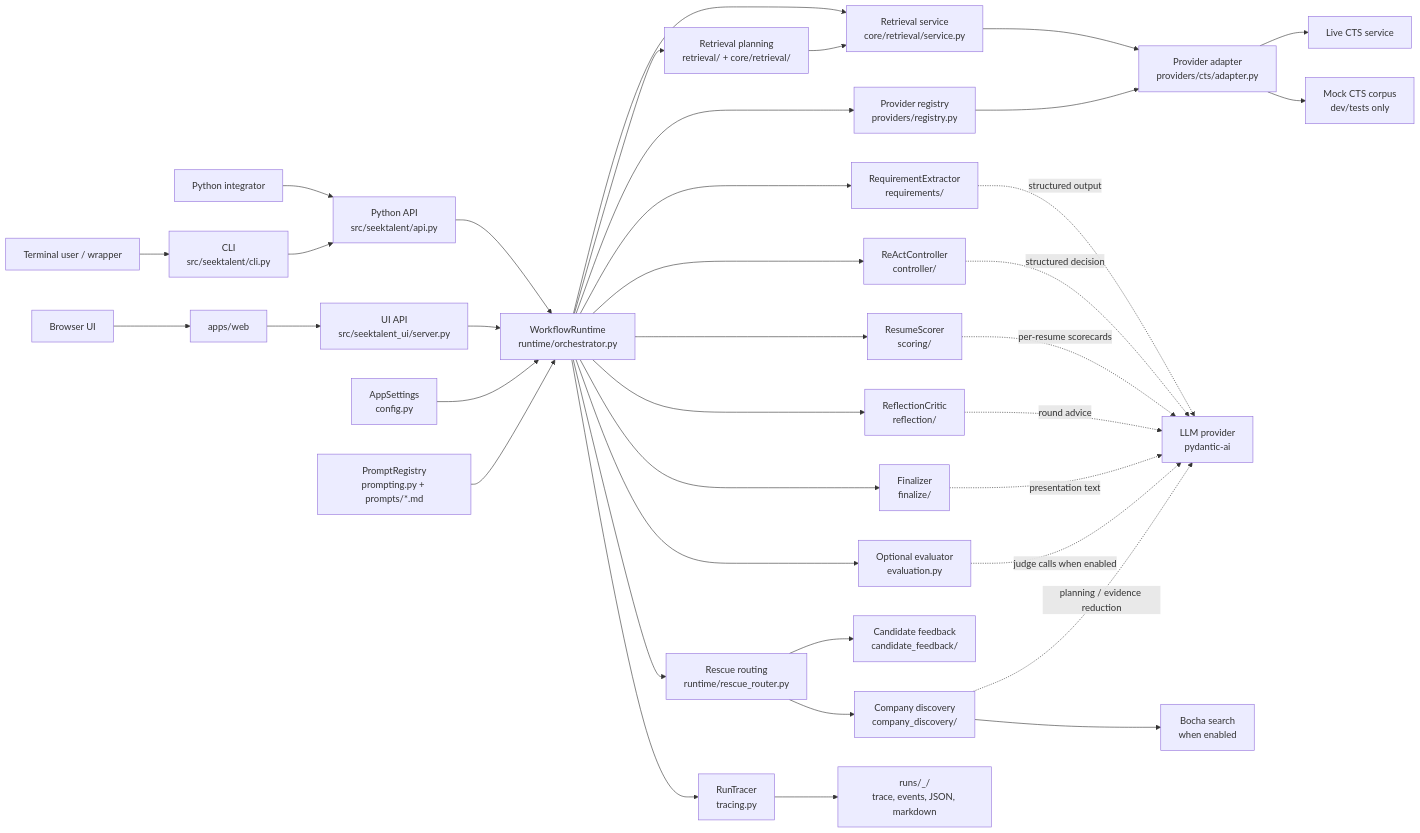
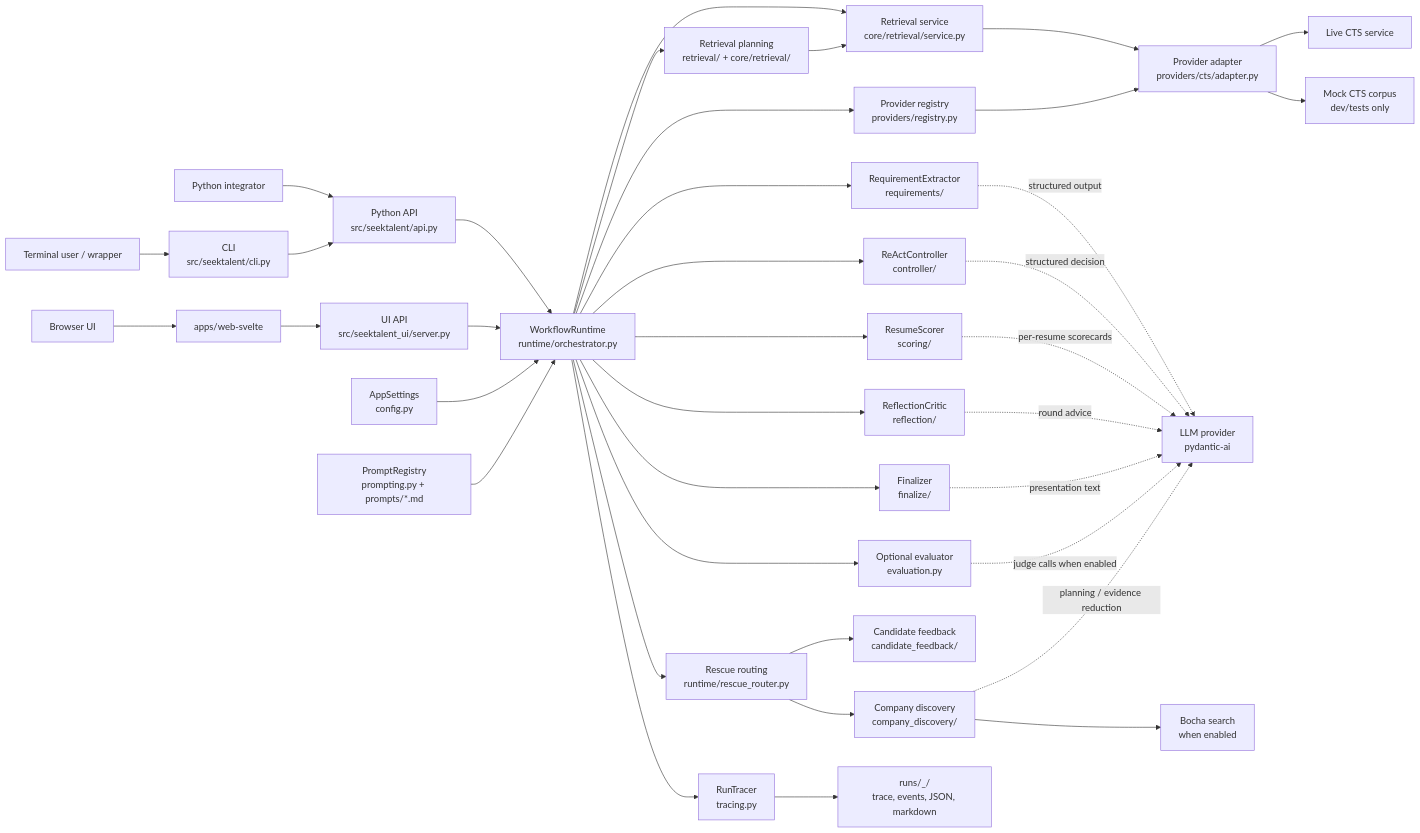
Before and after one commit to FrankQDWang/SeekTalent: the first of 2 diagrams in docs/architecture.md, drawn with Mermaid. The commit also changed other lines of this file and 31 other files, not shown here.

````diff
--- a/docs/architecture.md
+++ b/docs/architecture.md
@@ -18,46 +18,46 @@
 ```mermaid
 flowchart LR
     user["Terminal user / wrapper"] --> cli["CLI\nsrc/seektalent/cli.py"]
     wrapper["Python integrator"] --> api["Python API\nsrc/seektalent/api.py"]
-    browser["Browser UI"] --> webapp["apps/web"]
+    browser["Browser UI"] --> webapp["apps/web-svelte"]
     webapp --> uiapi["UI API\nsrc/seektalent_ui/server.py"]
 
     cli --> api
     api --> runtime["WorkflowRuntime\nruntime/orchestrator.py"]
     uiapi --> runtime
 
     config["AppSettings\nconfig.py"] --> runtime
     prompts["PromptRegistry\nprompting.py + prompts/*.md"] --> runtime
 
     runtime --> req["RequirementExtractor\nrequirements/"]
     runtime --> controller["ReActController\ncontroller/"]
     runtime --> retrieval["Retrieval planning\nretrieval/ + core/retrieval/"]
     runtime --> rescue["Rescue routing\nruntime/rescue_router.py"]
     runtime --> registry["Provider registry\nproviders/registry.py"]
     runtime --> service["Retrieval service\ncore/retrieval/service.py"]
     service --> adapter["Provider adapter\nproviders/cts/adapter.py"]
     runtime --> scoring["ResumeScorer\nscoring/"]
     runtime --> reflection["ReflectionCritic\nreflection/"]
     runtime --> finalizer["Finalizer\nfinalize/"]
     runtime --> eval["Optional evaluator\nevaluation.py"]
     runtime --> tracer["RunTracer\ntracing.py"]
 
     req -. "structured output" .-> llm["LLM provider\npydantic-ai"]
     controller -. "structured decision" .-> llm
     scoring -. "per-resume scorecards" .-> llm
     reflection -. "round advice" .-> llm
     finalizer -. "presentation text" .-> llm
     eval -. "judge calls when enabled" .-> llm
 
     retrieval --> service
     registry --> adapter
     adapter --> livects["Live CTS service"]
     adapter --> mockcts["Mock CTS corpus\ndev/tests only"]
 
     rescue --> feedback["Candidate feedback\ncandidate_feedback/"]
     rescue --> discovery["Company discovery\ncompany_discovery/"]
     discovery --> bocha["Bocha search\nwhen enabled"]
     discovery -. "planning / evidence reduction" .-> llm
 
     tracer --> runs["runs/<timestamp>_<run_id>/\ntrace, events, JSON, markdown"]
 ```
````
